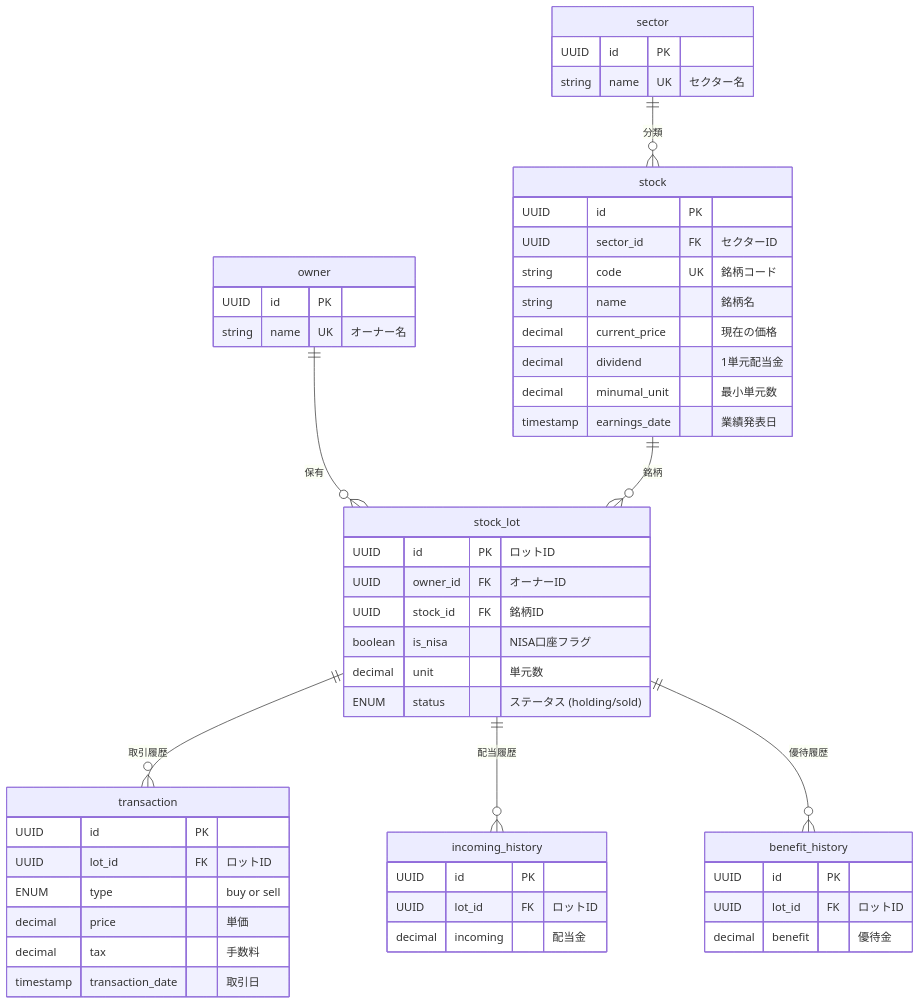
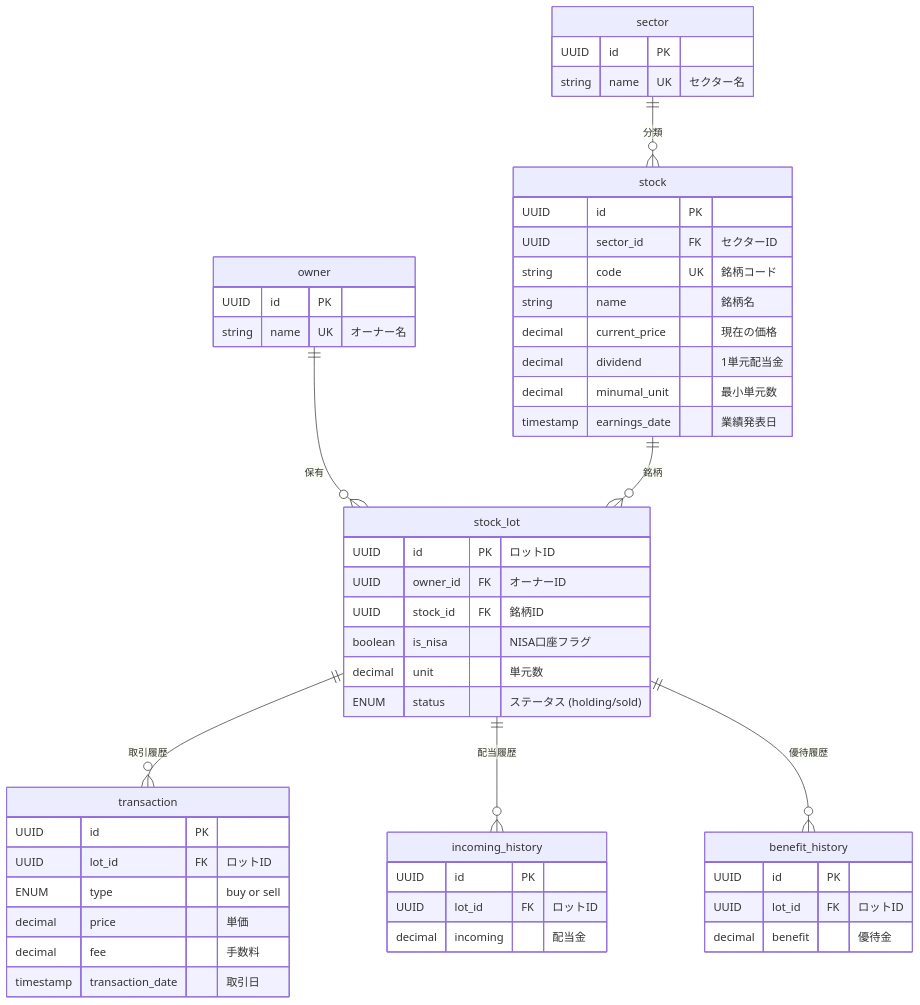
One commit to ijikeman/StockManager changed the diagram in ER.md. Above: the diagram before and after it, drawn with Mermaid. The commit also changed 5 other files, not shown here.

First line of the commit message:
Refactor: Rename 'tax' to 'fee' in transaction

````diff
--- a/ER.md
+++ b/ER.md
@@ -12,61 +12,61 @@
 ```mermaid
 erDiagram
     stock {
         UUID id PK
         UUID sector_id FK "セクターID"
         string code UK "銘柄コード"
         string name "銘柄名"
         decimal current_price "現在の価格"
         decimal dividend "1単元配当金"
         decimal minumal_unit "最小単元数"
         timestamp earnings_date "業績発表日"
     }
     
     stock_lot {
         UUID id PK "ロットID"
         UUID owner_id FK "オーナーID"
         UUID stock_id FK "銘柄ID" 
         boolean is_nisa "NISA口座フラグ"
         decimal unit "単元数"
         ENUM status "ステータス (holding/sold)"
     }
     
     transaction {
         UUID id PK
         UUID lot_id FK "ロットID"
         ENUM type "buy or sell"
         decimal price "単価"
-        decimal tax "手数料"
+        decimal fee "手数料"
         timestamp transaction_date "取引日"
     }
 
     incoming_history {
         UUID id PK
         UUID lot_id FK "ロットID"
         decimal incoming "配当金"
     }
 
     benefit_history {
         UUID id PK
         UUID lot_id FK "ロットID"
         decimal benefit "優待金"
     }
 
     owner {
         UUID id PK
         string name UK "オーナー名"
     }
     
 
     sector {
         UUID id PK
         string name UK "セクター名"
     }
     
     owner ||--o{ stock_lot : "保有"
     stock ||--o{ stock_lot : "銘柄"
     stock_lot ||--o{ transaction : "取引履歴"
     stock_lot ||--o{ incoming_history : "配当履歴"
     stock_lot ||--o{ benefit_history : "優待履歴"
     sector ||--o{ stock : "分類"
 ```
````
